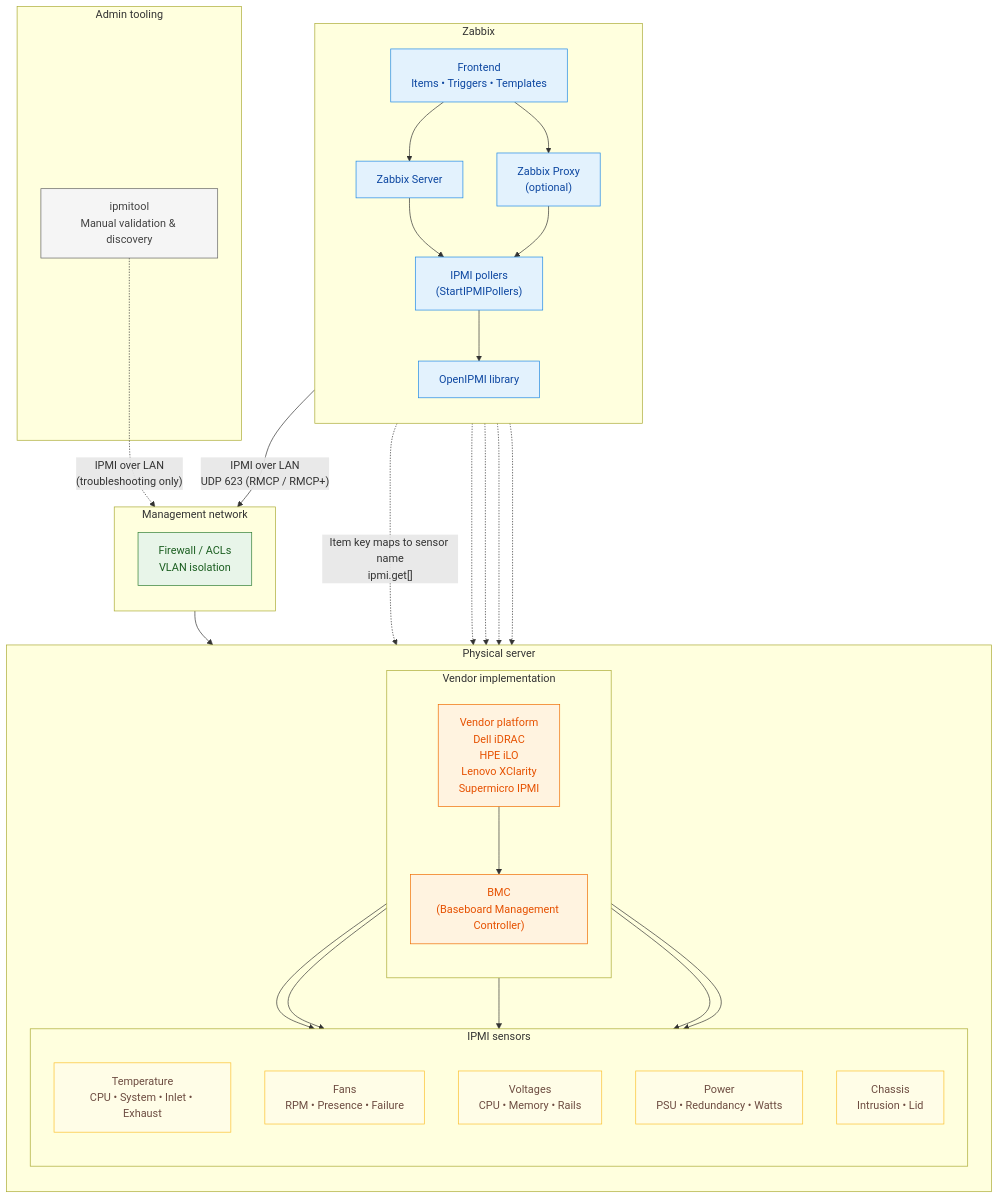
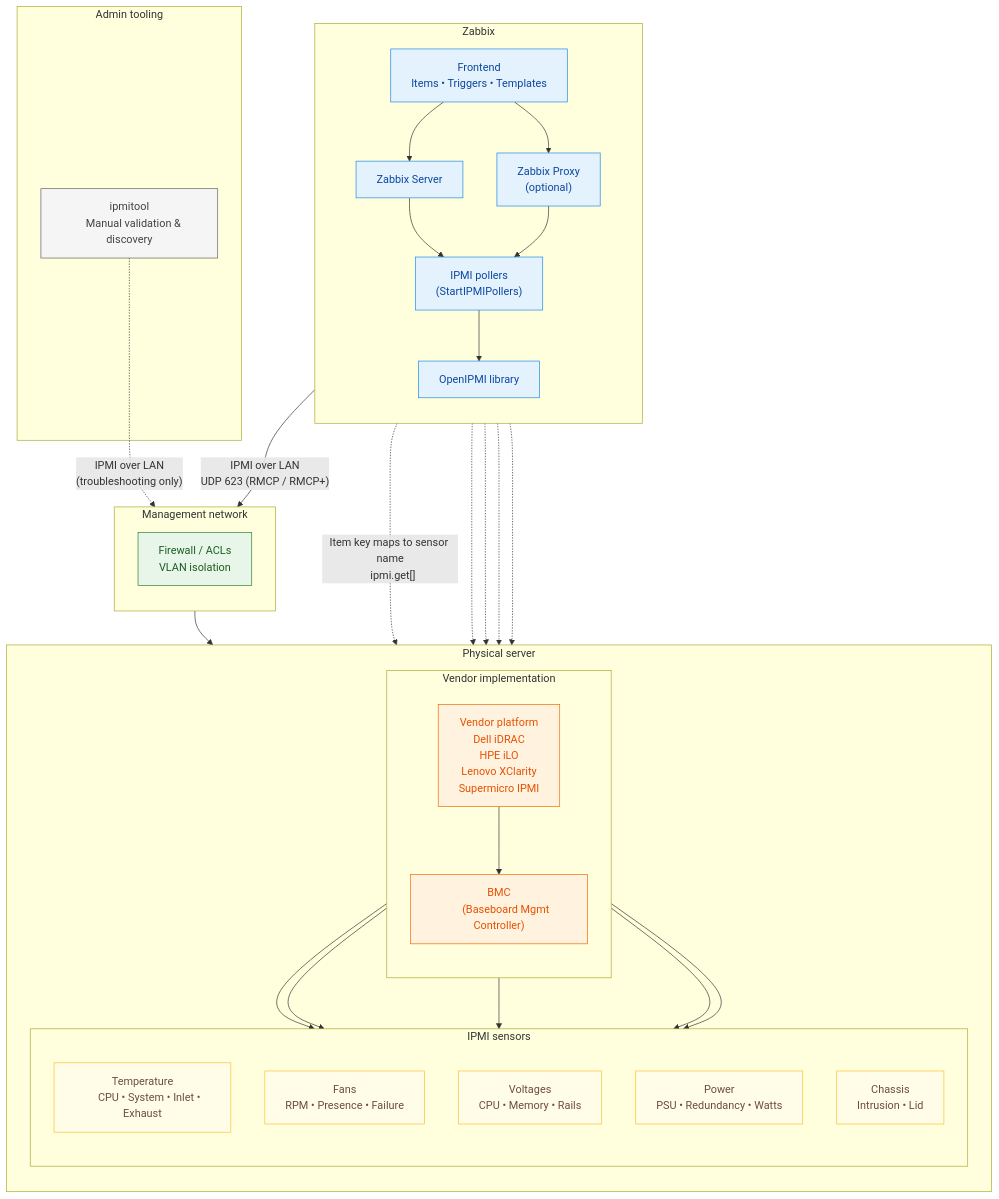
Before and after one commit to penmasters/zabbix-book: the diagram in docs/ch04-zabbix-collecting-data/ipmi.md, drawn with Mermaid.

Commit message:
fixed mermaid

````diff
--- a/docs/ch04-zabbix-collecting-data/ipmi.md
+++ b/docs/ch04-zabbix-collecting-data/ipmi.md
@@ -59,10 +59,13 @@
   %% ---------- Zabbix ----------
   subgraph Z["Zabbix"]
     direction TB
-    UI["Frontend\nItems • Triggers • Templates"]
+    UI["Frontend
+    Items • Triggers • Templates"]
     S["Zabbix Server"]
-    P["Zabbix Proxy\n(optional)"]
-    IP["IPMI pollers\n(StartIPMIPollers)"]
+    P["Zabbix Proxy
+    (optional)"]
+    IP["IPMI pollers
+    (StartIPMIPollers)"]
     OI["OpenIPMI library"]
 
     UI --> S
@@ -77,7 +80,7 @@
   %% ---------- Network ----------
   subgraph Net["Management network"]
     direction TB
-    FW["Firewall / ACLs\nVLAN isolation"]
+    FW["Firewall / ACLs<br/>VLAN isolation"]
   end
 
   class FW network
@@ -88,18 +91,28 @@
 
     subgraph V["Vendor implementation"]
       direction TB
-      VND["Vendor platform\nDell iDRAC\nHPE iLO\nLenovo XClarity\nSupermicro IPMI"]
-      BMC["BMC\n(Baseboard Management Controller)"]
+      VND["Vendor platform
+      Dell iDRAC
+      HPE iLO
+      Lenovo XClarity
+      Supermicro IPMI"]
+      BMC["BMC
+      (Baseboard Mgmt Controller)"]
       VND --> BMC
     end
 
     subgraph SNS["IPMI sensors"]
       direction TB
-      T["Temperature\nCPU • System • Inlet • Exhaust"]
-      F["Fans\nRPM • Presence • Failure"]
-      VLT["Voltages\nCPU • Memory • Rails"]
-      PS["Power\nPSU • Redundancy • Watts"]
-      CH["Chassis\nIntrusion • Lid"]
+      T["Temperature
+      CPU • System • Inlet • Exhaust"]
+      F["Fans
+      RPM • Presence • Failure"]
+      VLT["Voltages
+      CPU • Memory • Rails"]
+      PS["Power
+      PSU • Redundancy • Watts"]
+      CH["Chassis
+      Intrusion • Lid"]
     end
 
     BMC --> T
@@ -113,11 +126,12 @@
   class T,F,VLT,PS,CH sensor
 
   %% ---------- Connectivity ----------
-  OI -->|"IPMI over LAN\nUDP 623 (RMCP / RMCP+)"| FW
+  OI -->|"IPMI over LAN<br/>UDP 623 (RMCP / RMCP+)"| FW
   FW --> BMC
 
   %% ---------- Zabbix item mapping ----------
-  UI -.->|"Item key maps to sensor name\nipmi.get[<Sensor Name>]"| T
+  UI -.->|"Item key maps to sensor name
+  ipmi.get[<Sensor Name>]"| T
   UI -.-> F
   UI -.-> VLT
   UI -.-> PS
@@ -125,11 +139,11 @@
 
   %% ---------- Tooling ----------
   subgraph Tools["Admin tooling"]
-    IPT["ipmitool\nManual validation & discovery"]
+    IPT["ipmitool
+    Manual validation & discovery"]
   end
 
   class IPT tools
 
-  IPT -.->|"IPMI over LAN\n(troubleshooting only)"| FW
-
+  IPT -.->|"IPMI over LAN<br/>(troubleshooting only)"| FW
 ```
````
